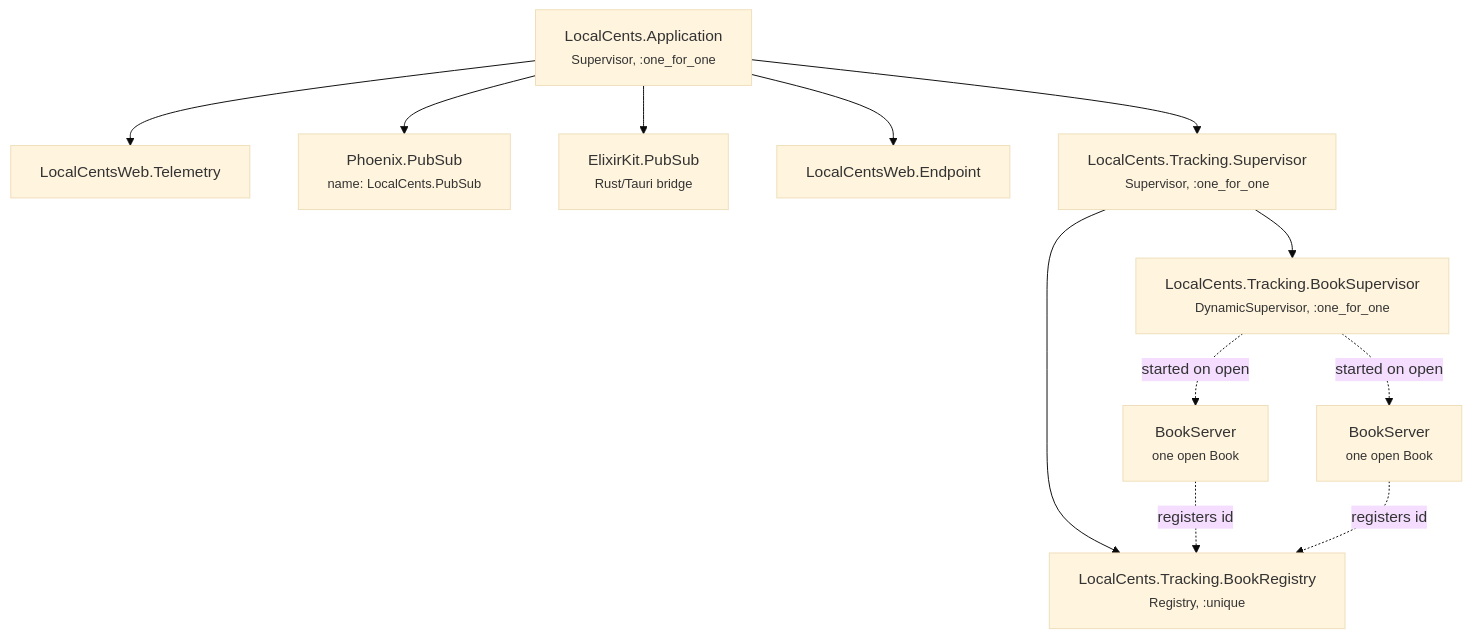
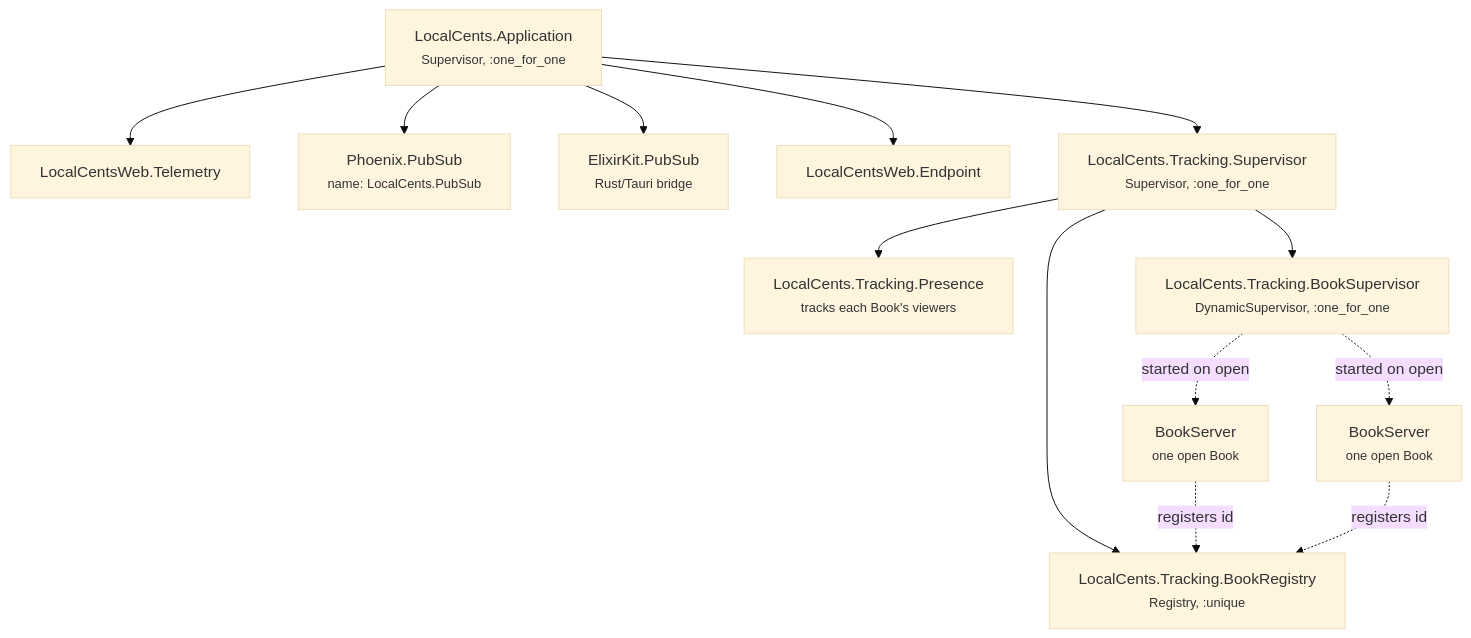
The first of 5 diagrams in docs/book-runtime-architecture.md (zorn/local_cents), drawn with Mermaid (base theme) before and after one commit. The commit also changed other lines of this file and 16 other files, not shown here.

````diff
--- a/docs/book-runtime-architecture.md
+++ b/docs/book-runtime-architecture.md
@@ -34,31 +34,33 @@
 ```mermaid
 graph TD
     App["LocalCents.Application<br/><small>Supervisor, :one_for_one</small>"]
 
     Tel["LocalCentsWeb.Telemetry"]
     PS["Phoenix.PubSub<br/><small>name: LocalCents.PubSub</small>"]
     EK["ElixirKit.PubSub<br/><small>Rust/Tauri bridge</small>"]
     EP["LocalCentsWeb.Endpoint"]
 
     TS["LocalCents.Tracking.Supervisor<br/><small>Supervisor, :one_for_one</small>"]
     Reg["LocalCents.Tracking.BookRegistry<br/><small>Registry, :unique</small>"]
+    Pres["LocalCents.Tracking.Presence<br/><small>tracks each Book's viewers</small>"]
     DS["LocalCents.Tracking.BookSupervisor<br/><small>DynamicSupervisor, :one_for_one</small>"]
 
     BS1["BookServer<br/><small>one open Book</small>"]
     BS2["BookServer<br/><small>one open Book</small>"]
 
     App --> Tel
     App --> PS
     App --> TS
     App --> EK
     App --> EP
 
     TS --> Reg
+    TS --> Pres
     TS --> DS
 
     DS -.->|started on open| BS1
     DS -.->|started on open| BS2
 
     BS1 -.->|registers id| Reg
     BS2 -.->|registers id| Reg
 ```
````
